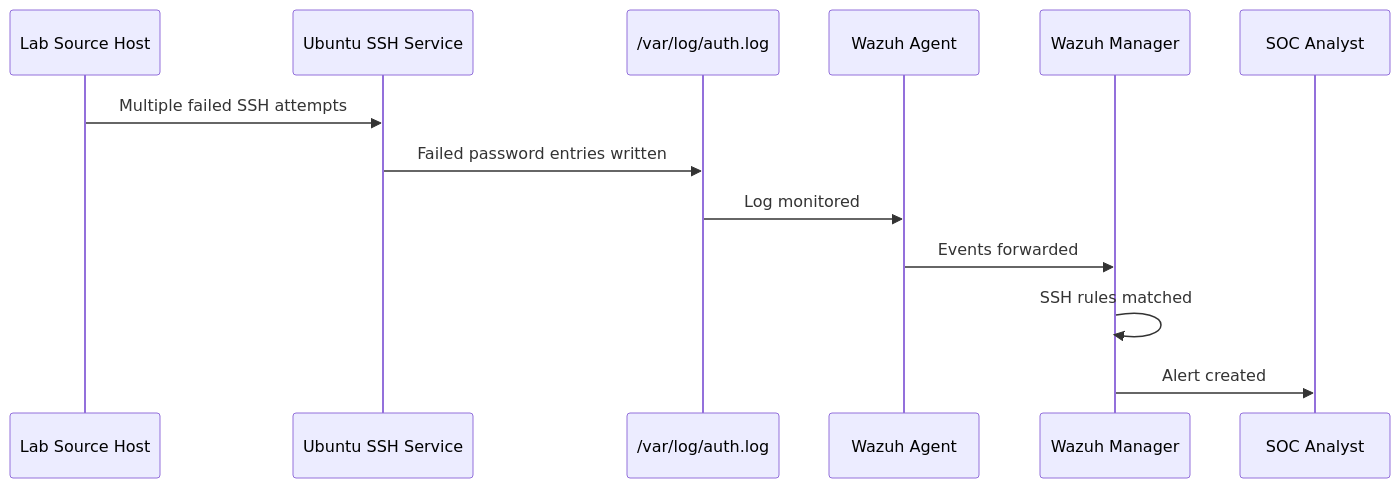
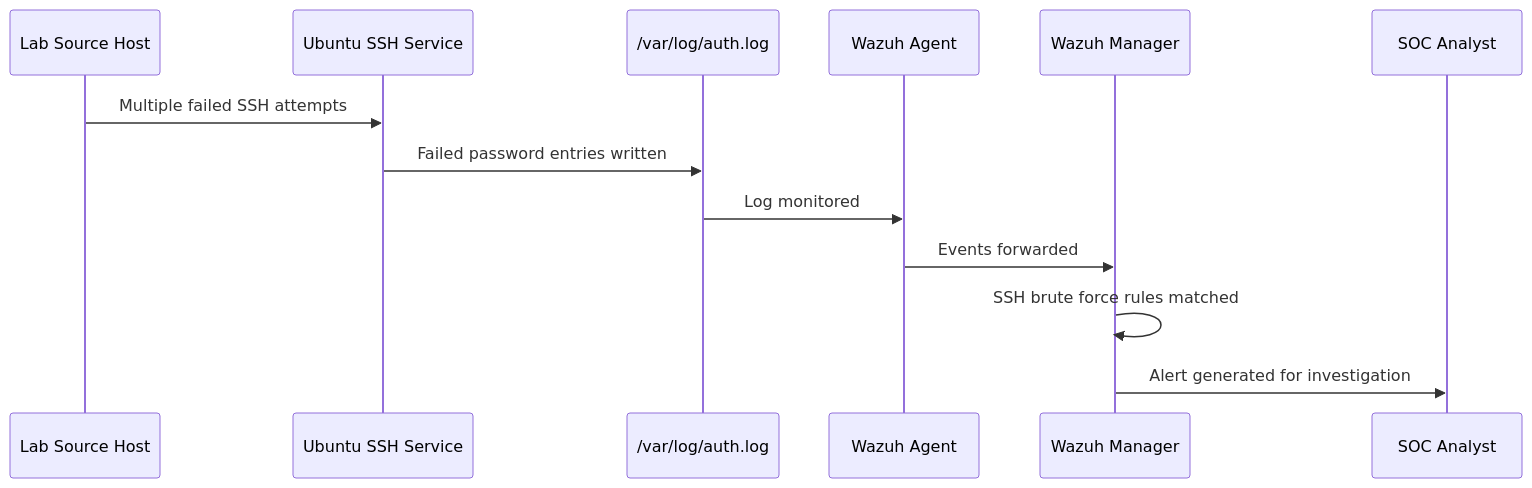
One commit to Jazz00001/enterprise-soc-lab-wazuh-mitre-detection changed the fifth of 9 diagrams in README.md. Above: the diagram before and after it, drawn with Mermaid. The commit also changed other lines of this file, not shown here.

````diff
--- a/README.md
+++ b/README.md
@@ -355,16 +383,16 @@
 ```mermaid
 sequenceDiagram
     participant Source as Lab Source Host
     participant SSH as Ubuntu SSH Service
     participant Auth as /var/log/auth.log
     participant Agent as Wazuh Agent
     participant Wazuh as Wazuh Manager
     participant SOC as SOC Analyst
 
     Source->>SSH: Multiple failed SSH attempts
     SSH->>Auth: Failed password entries written
     Auth->>Agent: Log monitored
     Agent->>Wazuh: Events forwarded
-    Wazuh->>Wazuh: SSH rules matched
-    Wazuh->>SOC: Alert created
+    Wazuh->>Wazuh: SSH brute force rules matched
+    Wazuh->>SOC: Alert generated for investigation
 ```
````
